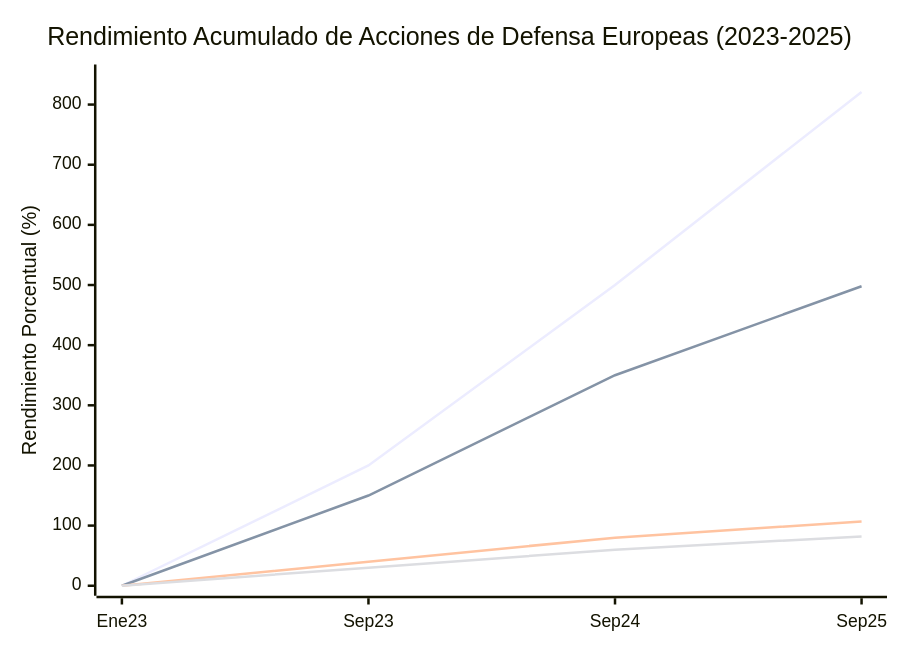
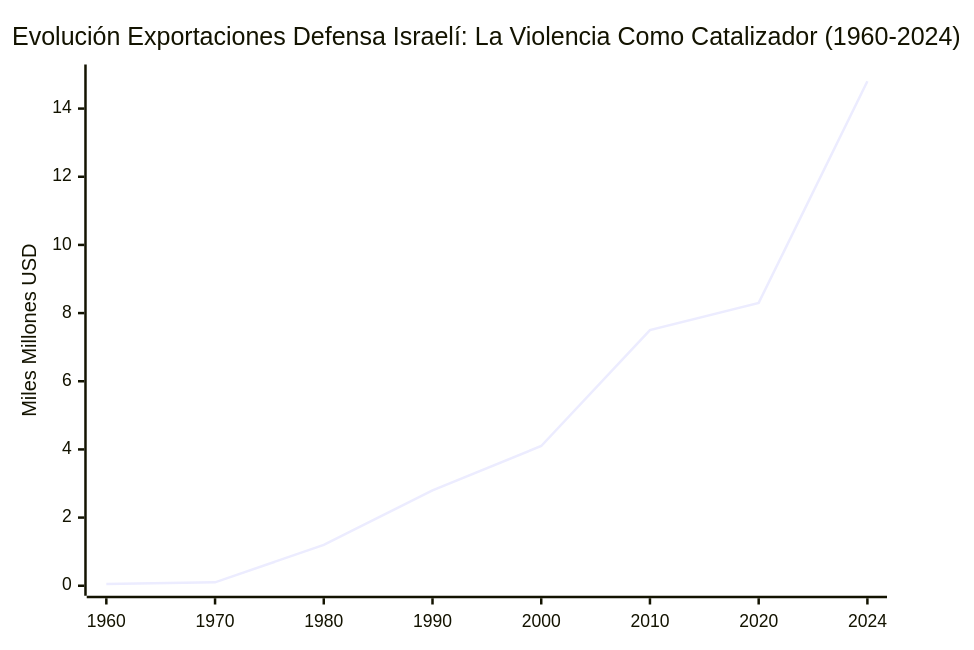
Before and after one commit to perpetuocambio/annotations: the eighth of 54 diagrams in intel/israel_geopolitical_analysis.md, drawn with Mermaid. The commit also changed other lines of this file, not shown here.

````diff
--- a/intel/israel_geopolitical_analysis.md
+++ b/intel/israel_geopolitical_analysis.md
@@ -351,10 +381,7 @@
 ```mermaid
 xychart-beta
-    title "Rendimiento Acumulado de Acciones de Defensa Europeas (2023-2025)"
-    x-axis [Ene23, Sep23, Sep24, Sep25]
-    y-axis "Rendimiento Porcentual (%)" 0 --> 850
-    line [0, 200, 500, 821]
-    line [0, 150, 350, 498]
-    line [0, 40, 80, 107]
-    line [0, 30, 60, 82]
+    title "Evolución Exportaciones Defensa Israelí: La Violencia Como Catalizador (1960-2024)"
+    x-axis [1960, 1970, 1980, 1990, 2000, 2010, 2020, 2024]
+    y-axis "Miles Millones USD" 0 --> 15
+    line [0.05, 0.1, 1.2, 2.8, 4.1, 7.5, 8.3, 14.8]
 ```
````
